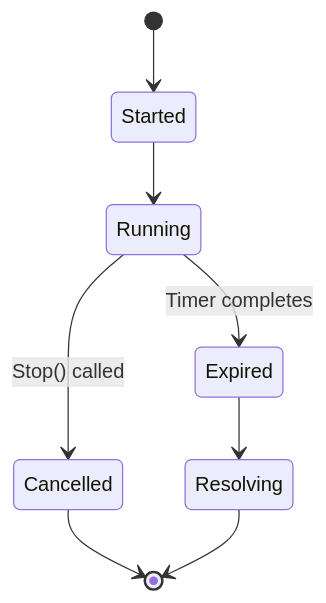
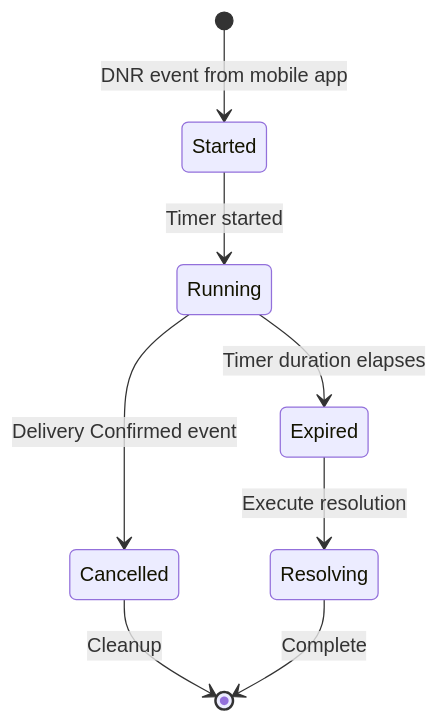
The third of 5 diagrams in README.md (QinisoCele/event-driven-dnr-system), drawn with Mermaid before and after one commit. The commit also changed other lines of this file, not shown here.

````diff
--- a/README.md
+++ b/README.md
@@ -103,10 +110,10 @@
 ```mermaid
 stateDiagram-v2
-    [*] --> Started
-    Started --> Running
-    Running --> Cancelled: Stop() called
-    Running --> Expired: Timer completes
-    Cancelled --> [*]
-    Expired --> Resolving
-    Resolving --> [*]
+    [*] --> Started: DNR event from mobile app
+    Started --> Running: Timer started
+    Running --> Cancelled: Delivery Confirmed event
+    Running --> Expired: Timer duration elapses
+    Cancelled --> [*]: Cleanup
+    Expired --> Resolving: Execute resolution
+    Resolving --> [*]: Complete
 ```
````
